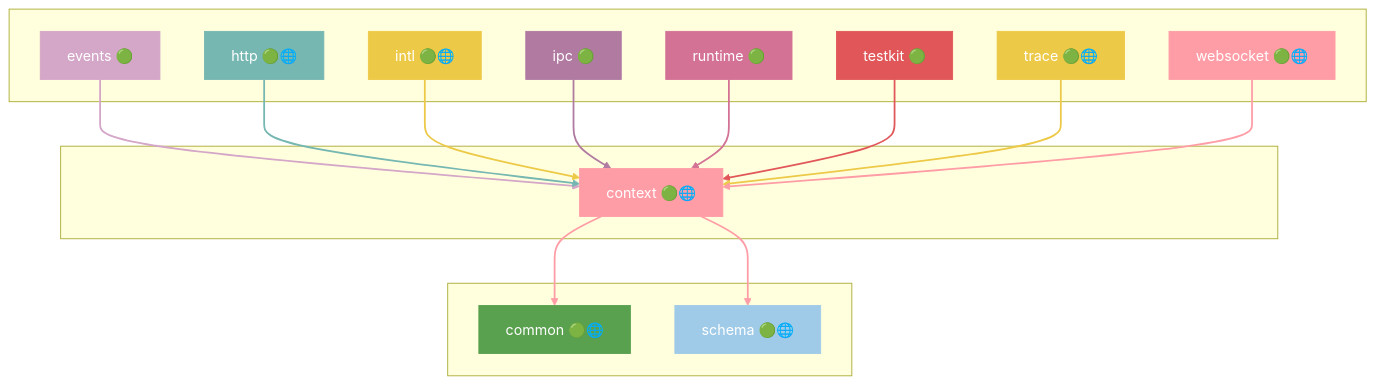
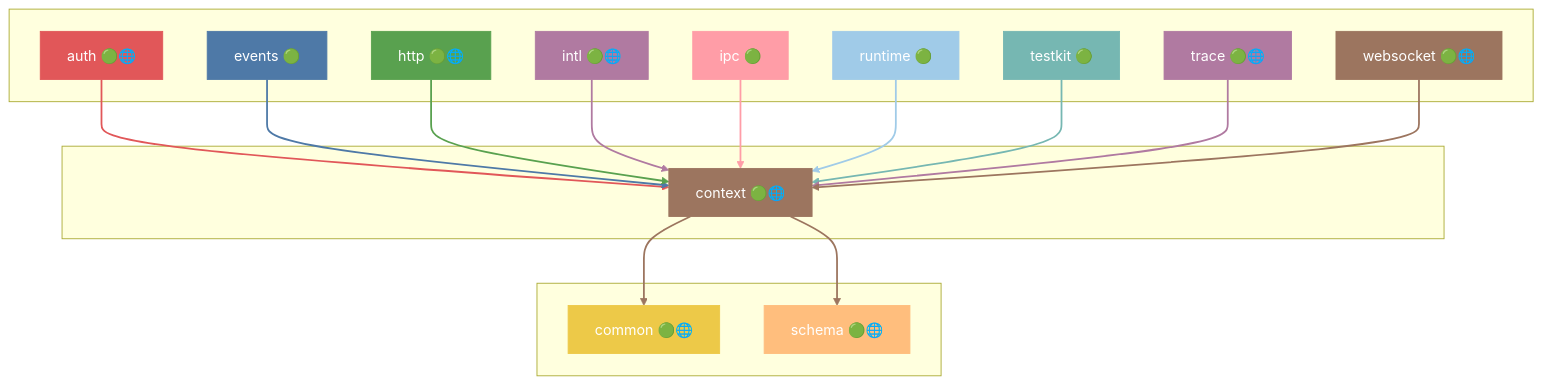
Before and after one commit to grest-ts/grest-ts: the tenth of 46 diagrams in docs/DEPENDENCIES.md, drawn with Mermaid. The commit also changed other lines of this file and 59 other files, not shown here.

````diff
--- a/docs/DEPENDENCIES.md
+++ b/docs/DEPENDENCIES.md
@@ -663,51 +681,55 @@
 ```mermaid
 flowchart TB
     subgraph Dependents[" "]
+        auth["auth 🟢🌐"]
         events["events 🟢"]
         http["http 🟢🌐"]
         intl["intl 🟢🌐"]
         ipc["ipc 🟢"]
         runtime["runtime 🟢"]
         testkit["testkit 🟢"]
         trace["trace 🟢🌐"]
         websocket["websocket 🟢🌐"]
     end
     subgraph Package[" "]
         context["context 🟢🌐"]
     end
     subgraph Dependencies[" "]
         common["common 🟢🌐"]
         schema["schema 🟢🌐"]
     end
+    auth --> context
     events --> context
     http --> context
     intl --> context
     ipc --> context
     runtime --> context
     testkit --> context
     trace --> context
     websocket --> context
     context --> common
     context --> schema
-    style context fill:#FF9DA7,stroke:#FF9DA7,color:#fff
-    style events fill:#D4A6C8,stroke:#D4A6C8,color:#fff
-    style http fill:#76B7B2,stroke:#76B7B2,color:#fff
-    style intl fill:#EDC948,stroke:#EDC948,color:#fff
-    style ipc fill:#B07AA1,stroke:#B07AA1,color:#fff
-    style runtime fill:#D37295,stroke:#D37295,color:#fff
-    style testkit fill:#E15759,stroke:#E15759,color:#fff
-    style trace fill:#EDC948,stroke:#EDC948,color:#fff
-    style websocket fill:#FF9DA7,stroke:#FF9DA7,color:#fff
-    style common fill:#59A14F,stroke:#59A14F,color:#fff
-    style schema fill:#A0CBE8,stroke:#A0CBE8,color:#fff
-    linkStyle 0 stroke:#D4A6C8,stroke-width:2px
-    linkStyle 1 stroke:#76B7B2,stroke-width:2px
-    linkStyle 2 stroke:#EDC948,stroke-width:2px
+    style context fill:#9C755F,stroke:#9C755F,color:#fff
+    style auth fill:#E15759,stroke:#E15759,color:#fff
+    style events fill:#4E79A7,stroke:#4E79A7,color:#fff
+    style http fill:#59A14F,stroke:#59A14F,color:#fff
+    style intl fill:#B07AA1,stroke:#B07AA1,color:#fff
+    style ipc fill:#FF9DA7,stroke:#FF9DA7,color:#fff
+    style runtime fill:#A0CBE8,stroke:#A0CBE8,color:#fff
+    style testkit fill:#76B7B2,stroke:#76B7B2,color:#fff
+    style trace fill:#B07AA1,stroke:#B07AA1,color:#fff
+    style websocket fill:#9C755F,stroke:#9C755F,color:#fff
+    style common fill:#EDC948,stroke:#EDC948,color:#fff
+    style schema fill:#FFBE7D,stroke:#FFBE7D,color:#fff
+    linkStyle 0 stroke:#E15759,stroke-width:2px
+    linkStyle 1 stroke:#4E79A7,stroke-width:2px
+    linkStyle 2 stroke:#59A14F,stroke-width:2px
     linkStyle 3 stroke:#B07AA1,stroke-width:2px
-    linkStyle 4 stroke:#D37295,stroke-width:2px
-    linkStyle 5 stroke:#E15759,stroke-width:2px
-    linkStyle 6 stroke:#EDC948,stroke-width:2px
-    linkStyle 7 stroke:#FF9DA7,stroke-width:2px
-    linkStyle 8 stroke:#FF9DA7,stroke-width:2px
-    linkStyle 9 stroke:#FF9DA7,stroke-width:2px
+    linkStyle 4 stroke:#FF9DA7,stroke-width:2px
+    linkStyle 5 stroke:#A0CBE8,stroke-width:2px
+    linkStyle 6 stroke:#76B7B2,stroke-width:2px
+    linkStyle 7 stroke:#B07AA1,stroke-width:2px
+    linkStyle 8 stroke:#9C755F,stroke-width:2px
+    linkStyle 9 stroke:#9C755F,stroke-width:2px
+    linkStyle 10 stroke:#9C755F,stroke-width:2px
 ```
````
